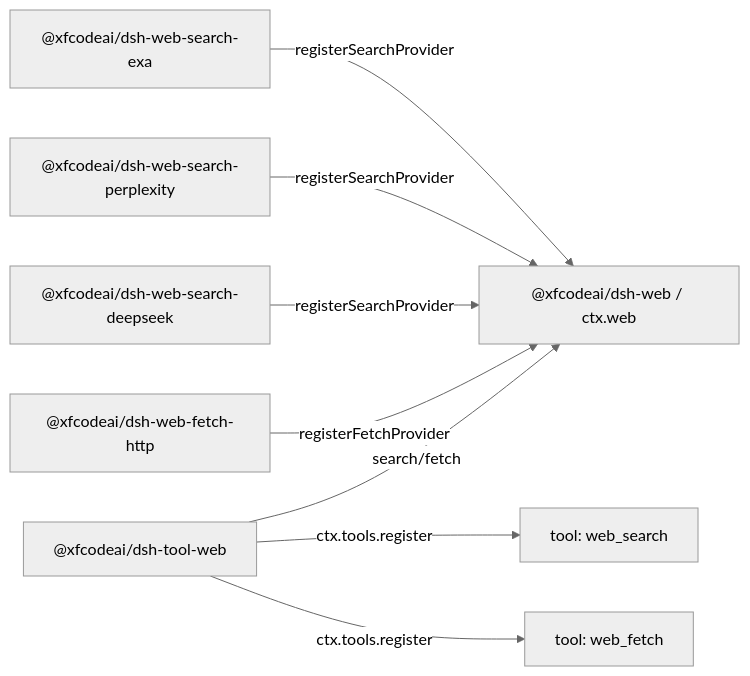
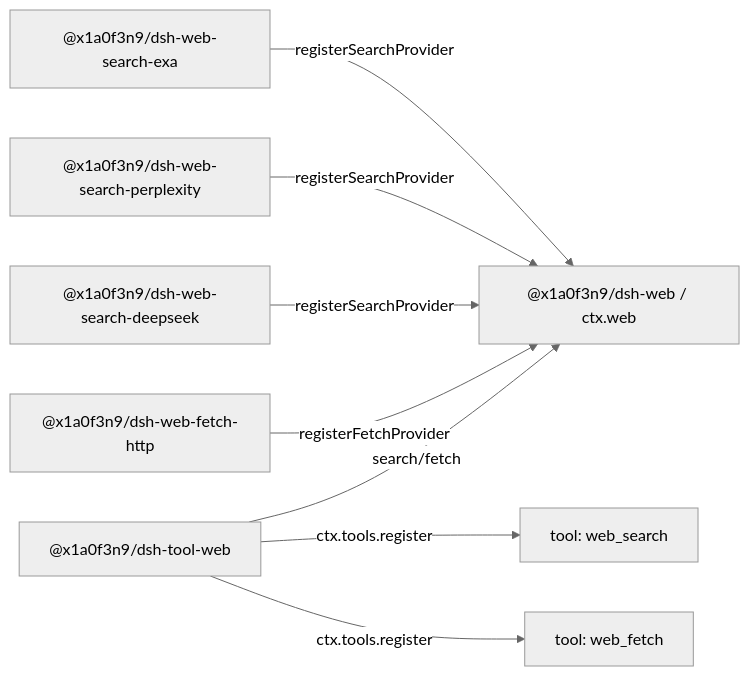
The diagram in .agents/notes/implemented/architecture/2026-06-24-web-capability-seam.md (LunFengChen/deepseek-harness), drawn with Mermaid (neutral theme) before and after one commit. The commit also changed other lines of this file and 4209 other files, not shown here.

````diff
--- a/.agents/notes/implemented/architecture/2026-06-24-web-capability-seam.md
+++ b/.agents/notes/implemented/architecture/2026-06-24-web-capability-seam.md
@@ -58,10 +58,10 @@
 ```mermaid
 flowchart LR
-  exa["@xfcodeai/dsh-web-search-exa"] -->|registerSearchProvider| web["@xfcodeai/dsh-web / ctx.web"]
-  perplexity["@xfcodeai/dsh-web-search-perplexity"] -->|registerSearchProvider| web
-  deepseek["@xfcodeai/dsh-web-search-deepseek"] -->|registerSearchProvider| web
-  fetchLocal["@xfcodeai/dsh-web-fetch-http"] -->|registerFetchProvider| web
-  toolWeb["@xfcodeai/dsh-tool-web"] -->|search/fetch| web
+  exa["@x1a0f3n9/dsh-web-search-exa"] -->|registerSearchProvider| web["@x1a0f3n9/dsh-web / ctx.web"]
+  perplexity["@x1a0f3n9/dsh-web-search-perplexity"] -->|registerSearchProvider| web
+  deepseek["@x1a0f3n9/dsh-web-search-deepseek"] -->|registerSearchProvider| web
+  fetchLocal["@x1a0f3n9/dsh-web-fetch-http"] -->|registerFetchProvider| web
+  toolWeb["@x1a0f3n9/dsh-tool-web"] -->|search/fetch| web
   toolWeb -->|ctx.tools.register| webSearch["tool: web_search"]
   toolWeb -->|ctx.tools.register| webFetch["tool: web_fetch"]
 ```
````
